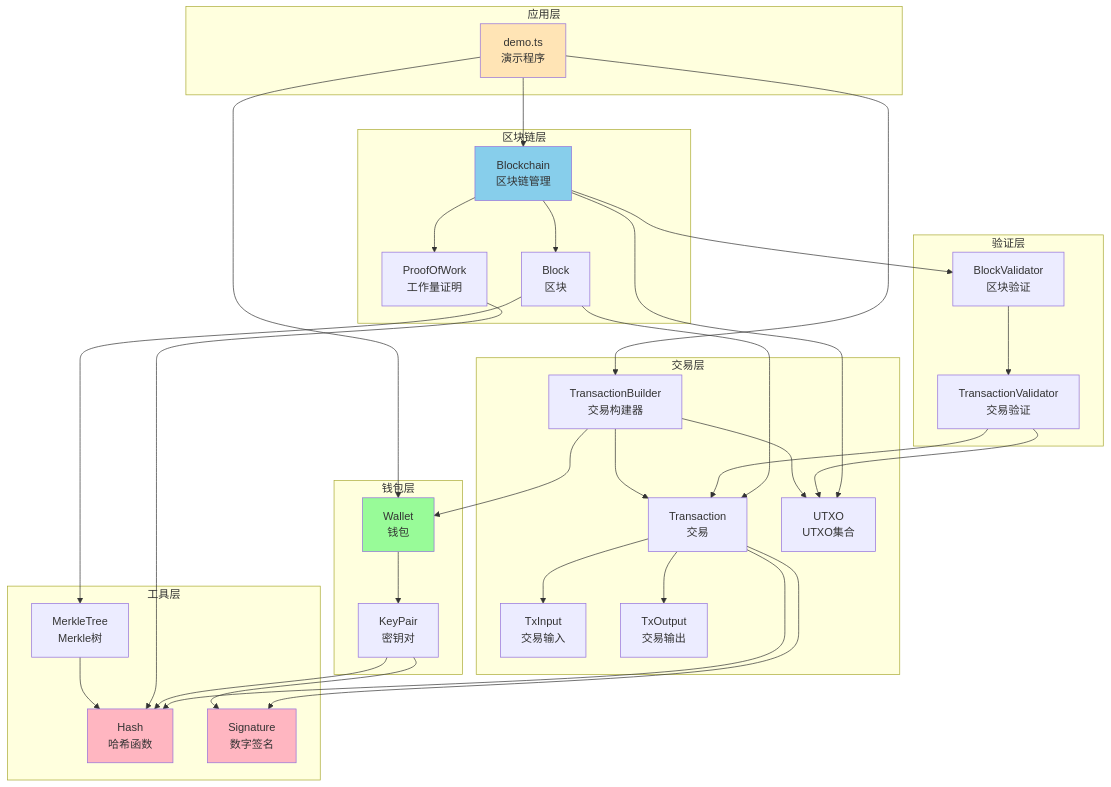
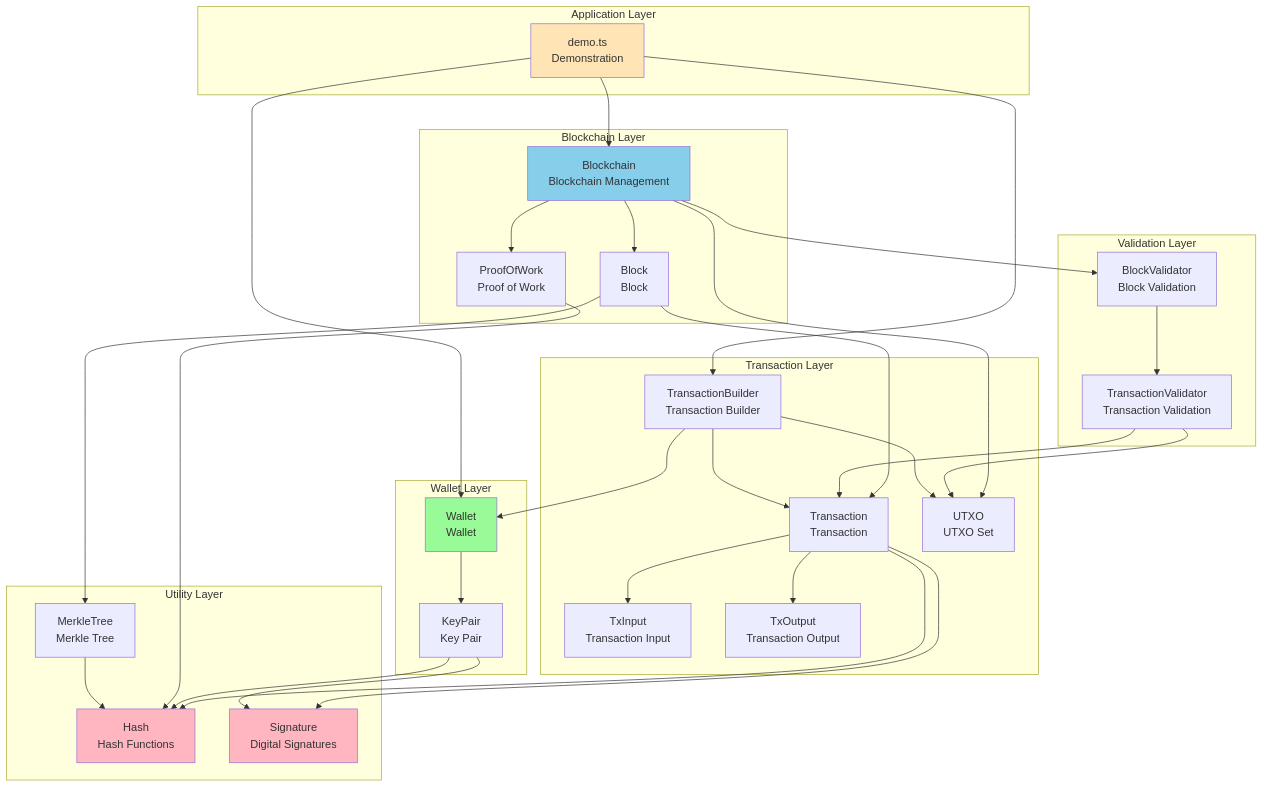
The second of 8 diagrams in docs/TECH_DESIGN.md (stefanSuYiGuo/bitcoin-simplifier), drawn with Mermaid before and after one commit. The commit also changed other lines of this file, not shown here.

Commit message:
Detail the system architecture and component interactions

````diff
--- a/docs/TECH_DESIGN.md
+++ b/docs/TECH_DESIGN.md
@@ -96,74 +96,74 @@
 ```mermaid
 graph TB
-    subgraph "应用层"
-        DEMO[demo.ts<br/>演示程序]
+    subgraph "Application Layer"
+        DEMO[demo.ts<br/>Demonstration]
     end
     
-    subgraph "区块链层"
-        BC[Blockchain<br/>区块链管理]
-        BLOCK[Block<br/>区块]
-        POW[ProofOfWork<br/>工作量证明]
+    subgraph "Blockchain Layer"
+        BC[Blockchain<br/>Blockchain Management]
+        BLOCK[Block<br/>Block]
+        POW[ProofOfWork<br/>Proof of Work]
     end
     
-    subgraph "验证层"
-        BV[BlockValidator<br/>区块验证]
-        TV[TransactionValidator<br/>交易验证]
+    subgraph "Validation Layer"
+        BV[BlockValidator<br/>Block Validation]
+        TV[TransactionValidator<br/>Transaction Validation]
     end
     
-    subgraph "交易层"
-        TX[Transaction<br/>交易]
-        TXB[TransactionBuilder<br/>交易构建器]
-        UTXO[UTXO<br/>UTXO集合]
-        TXI[TxInput<br/>交易输入]
-        TXO[TxOutput<br/>交易输出]
+    subgraph "Transaction Layer"
+        TX[Transaction<br/>Transaction]
+        TXB[TransactionBuilder<br/>Transaction Builder]
+        UTXO[UTXO<br/>UTXO Set]
+        TXI[TxInput<br/>Transaction Input]
+        TXO[TxOutput<br/>Transaction Output]
     end
     
-    subgraph "钱包层"
-        WALLET[Wallet<br/>钱包]
-        KEYPAIR[KeyPair<br/>密钥对]
+    subgraph "Wallet Layer"
+        WALLET[Wallet<br/>Wallet]
+        KEYPAIR[KeyPair<br/>Key Pair]
     end
     
-    subgraph "工具层"
-        MERKLE[MerkleTree<br/>Merkle树]
-        HASH[Hash<br/>哈希函数]
-        SIG[Signature<br/>数字签名]
+    subgraph "Utility Layer"
+        MERKLE[MerkleTree<br/>Merkle Tree]
+        HASH[Hash<br/>Hash Functions]
+        SIG[Signature<br/>Digital Signatures]
     end
     
     DEMO --> BC
     DEMO --> WALLET
     DEMO --> TXB
     
     BC --> BLOCK
     BC --> POW
     BC --> BV
     BC --> UTXO
     
     BLOCK --> MERKLE
     BLOCK --> TX
     
     BV --> TV
     TV --> TX
     TV --> UTXO
     
     TXB --> TX
     TXB --> WALLET
     TXB --> UTXO
     
     TX --> TXI
     TX --> TXO
     TX --> SIG
     TX --> HASH
     
     WALLET --> KEYPAIR
     KEYPAIR --> SIG
     KEYPAIR --> HASH
     
     POW --> HASH
     MERKLE --> HASH
     
     style DEMO fill:#FFE4B5
     style BC fill:#87CEEB
     style WALLET fill:#98FB98
     style HASH fill:#FFB6C1
     style SIG fill:#FFB6C1
 ```
````
